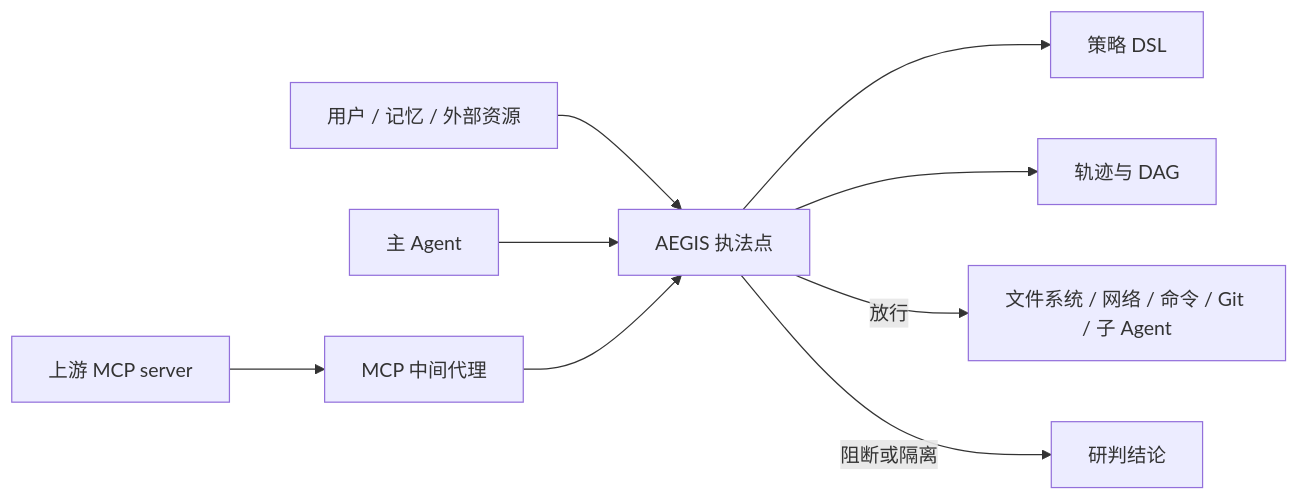
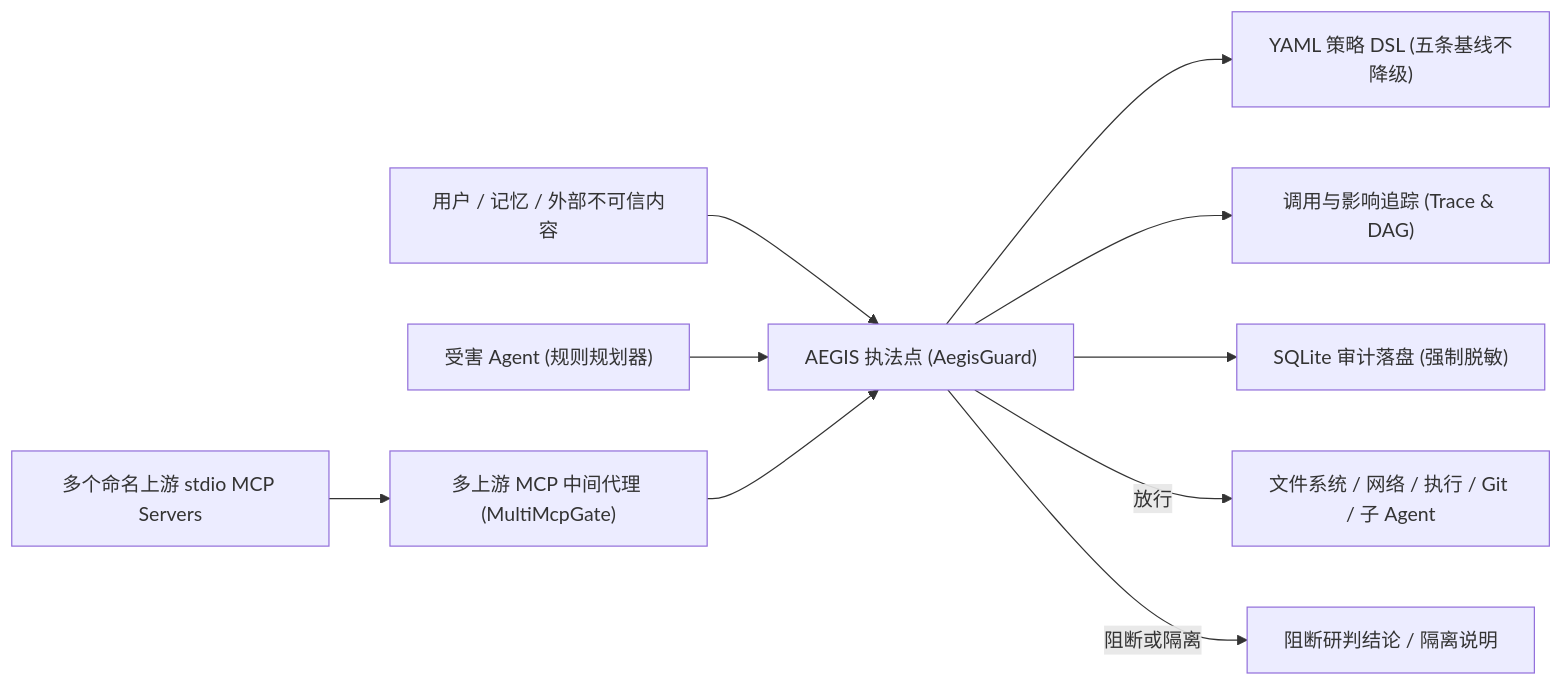
The diagram in docs/设计文档.md (insistgang/aegis), drawn with Mermaid before and after one commit. The commit also changed other lines of this file and 3 other files, not shown here.

````diff
--- a/docs/设计文档.md
+++ b/docs/设计文档.md
@@ -19,11 +11,12 @@
 ```mermaid
 flowchart LR
-  user[用户 / 记忆 / 外部资源] --> guard[AEGIS 执法点]
-  agent[主 Agent] --> guard
-  guard --> policy[策略 DSL]
-  guard --> trace[轨迹与 DAG]
-  guard -->|放行| tools[文件系统 / 网络 / 命令 / Git / 子 Agent]
-  guard -->|阻断或隔离| audit[研判结论]
-  mcp[上游 MCP server] --> proxy[MCP 中间代理]
+  user["用户 / 记忆 / 外部不可信内容"] --> guard["AEGIS 执法点 (AegisGuard)"]
+  victim["受害 Agent (规则规划器)"] --> guard
+  guard --> policy["YAML 策略 DSL (五条基线不降级)"]
+  guard --> trace["调用与影响追踪 (Trace & DAG)"]
+  guard --> audit["SQLite 审计落盘 (强制脱敏)"]
+  guard -->|放行| tools["文件系统 / 网络 / 执行 / Git / 子 Agent"]
+  guard -->|阻断或隔离| block_out["阻断研判结论 / 隔离说明"]
+  mcp_up["多个命名上游 stdio MCP Servers"] --> proxy["多上游 MCP 中间代理 (MultiMcpGate)"]
   proxy --> guard
 ```
````
